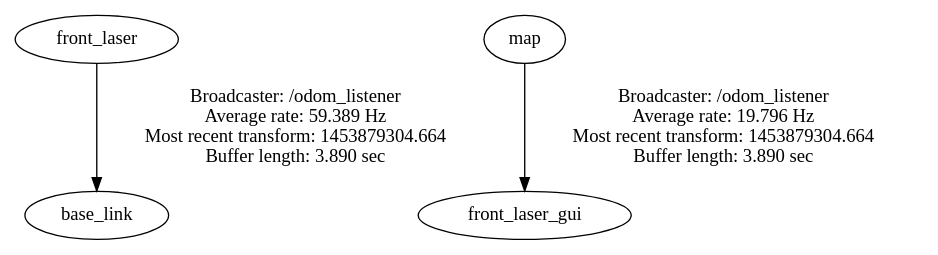
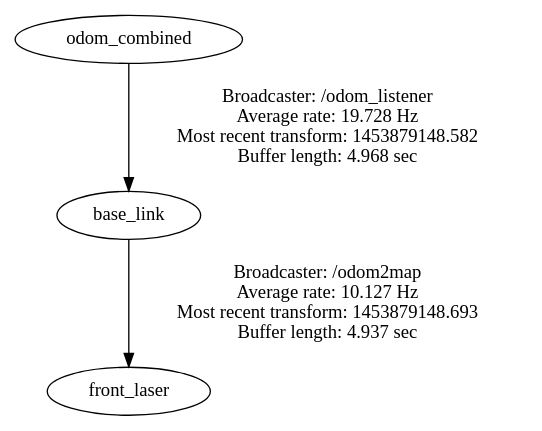
The diagram in catkin_ws/frames.gv (cezar1/SM_WS1516_AA_EX8), drawn with Graphviz before and after one commit. The commit also changed 5 other files, not shown here.

```diff
--- a/catkin_ws/frames.gv
+++ b/catkin_ws/frames.gv
@@ -1,4 +1,4 @@
 digraph G {
-"front_laser" -> "base_link"[label="Broadcaster: /odom_listener\nAverage rate: 59.389 Hz\nMost recent transform: 1453879304.664 \nBuffer length: 3.890 sec\n"];
-"map" -> "front_laser_gui"[label="Broadcaster: /odom_listener\nAverage rate: 19.796 Hz\nMost recent transform: 1453879304.664 \nBuffer length: 3.890 sec\n"];
+"odom_combined" -> "base_link"[label="Broadcaster: /odom_listener\nAverage rate: 19.728 Hz\nMost recent transform: 1453879148.582 \nBuffer length: 4.968 sec\n"];
+"base_link" -> "front_laser"[label="Broadcaster: /odom2map\nAverage rate: 10.127 Hz\nMost recent transform: 1453879148.693 \nBuffer length: 4.937 sec\n"];
 }
```
